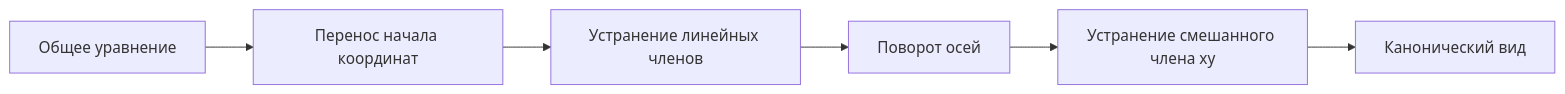
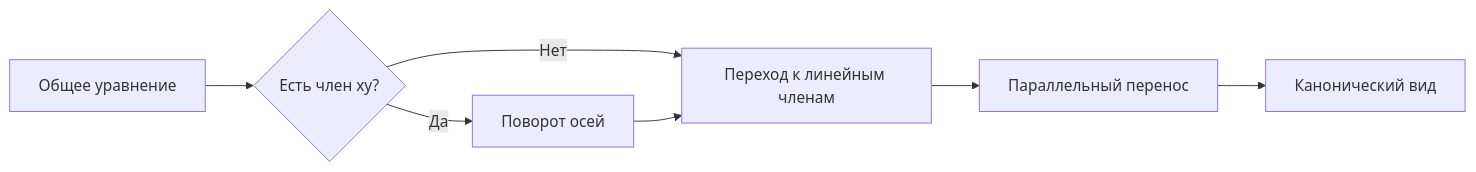
One commit to 164-gif/university changed the diagram in subjects/analytical_geometry/notes/14 - Касательные, нормали и общее уравнение кривой второго порядка.md. Above: the diagram before and after it, drawn with Mermaid. The commit also changed other lines of this file, not shown here.

````diff
--- a/subjects/analytical_geometry/notes/14 - Касательные, нормали и общее уравнение кривой второго порядка.md
+++ b/subjects/analytical_geometry/notes/14 - Касательные, нормали и общее уравнение кривой второго порядка.md
@@ -124,8 +131,9 @@
 ```mermaid
 flowchart LR
-    A[Общее уравнение] --> B[Перенос начала координат]
-    B --> C[Устранение линейных членов]
-    C --> D[Поворот осей]
-    D --> E[Устранение смешанного члена xy]
+    A[Общее уравнение] --> B{Есть член xy?}
+    B -- Да --> C[Поворот осей]
+    B -- Нет --> D[Переход к линейным членам]
+    C --> D
+    D --> E[Параллельный перенос]
     E --> F[Канонический вид]
 ```
````
